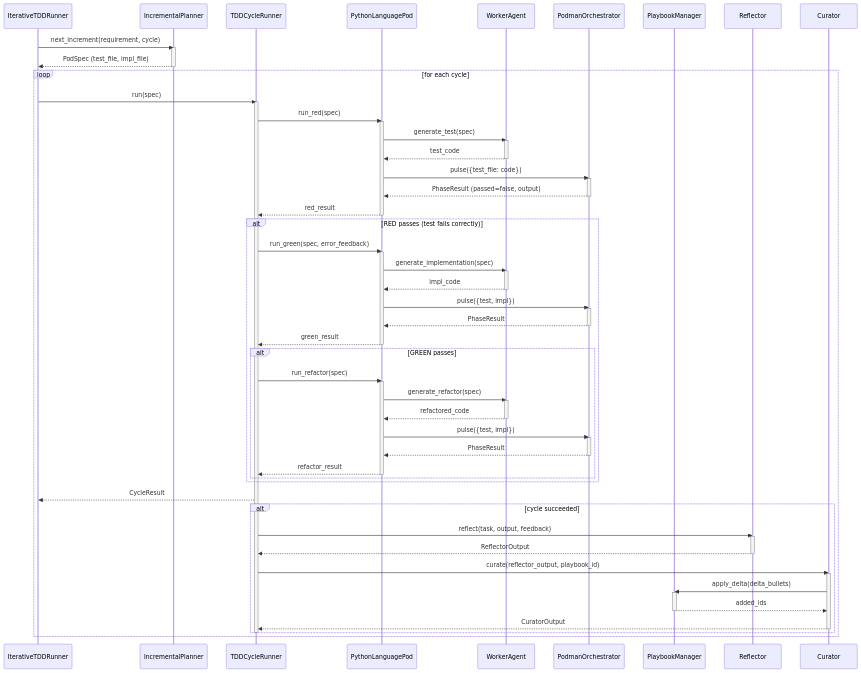
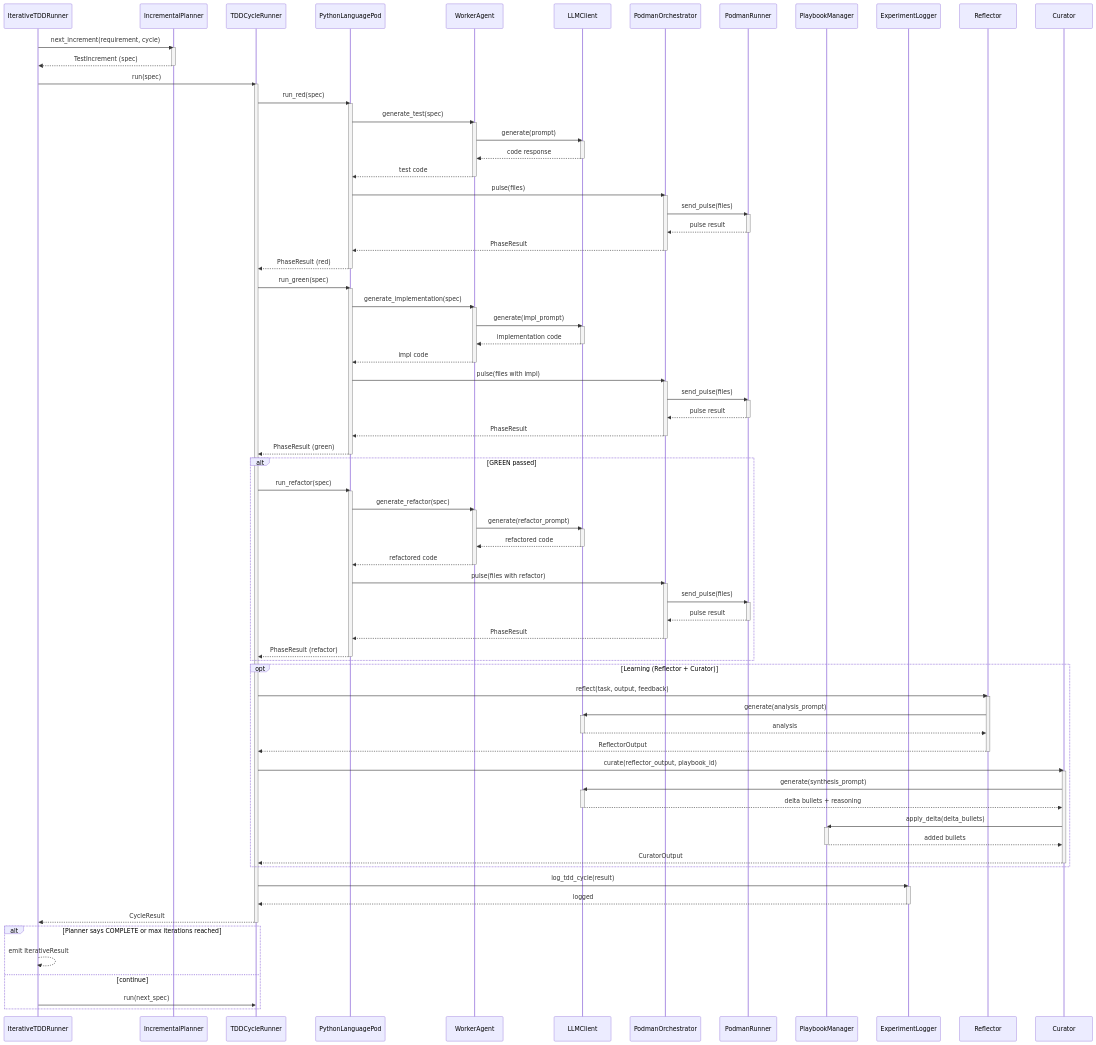
Before and after one commit to carlhuxley/ace_enterprise: the diagram in docs/SYSTEM_ARCHITECTURE.md, drawn with Mermaid. The commit also changed other lines of this file and 6 other files, not shown here.

````diff
--- a/docs/SYSTEM_ARCHITECTURE.md
+++ b/docs/SYSTEM_ARCHITECTURE.md
@@ -47,80 +51,122 @@
     participant Cycle as TDDCycleRunner
     participant Pod as PythonLanguagePod
     participant Worker as WorkerAgent
-    participant Orchestrator as PodmanOrchestrator
+    participant LLM as LLMClient
+    participant Sandbox as PodmanOrchestrator
+    participant Container as PodmanRunner
     participant Playbook as PlaybookManager
-    participant Reflect as Reflector
+    participant Logger as ExperimentLogger
+    participant Reflector as Reflector
     participant Curator as Curator
 
     Runner->>Planner: next_increment(requirement, cycle)
     activate Planner
-    Planner-->>Runner: PodSpec (test_file, impl_file)
+    Planner-->>Runner: TestIncrement (spec)
     deactivate Planner
 
-    loop for each cycle
-        Runner->>Cycle: run(spec)
-        activate Cycle
+    Runner->>Cycle: run(spec)
+    activate Cycle
 
-        Cycle->>Pod: run_red(spec)
+    Cycle->>Pod: run_red(spec)
+    activate Pod
+    Pod->>Worker: generate_test(spec)
+    activate Worker
+    Worker->>LLM: generate(prompt)
+    activate LLM
+    LLM-->>Worker: code response
+    deactivate LLM
+    Worker-->>Pod: test code
+    deactivate Worker
+    Pod->>Sandbox: pulse(files)
+    activate Sandbox
+    Sandbox->>Container: send_pulse(files)
+    activate Container
+    Container-->>Sandbox: pulse result
+    deactivate Container
+    Sandbox-->>Pod: PhaseResult
+    deactivate Sandbox
+    Pod-->>Cycle: PhaseResult (red)
+    deactivate Pod
+
+    Cycle->>Pod: run_green(spec)
+    activate Pod
+    Pod->>Worker: generate_implementation(spec)
+    activate Worker
+    Worker->>LLM: generate(impl_prompt)
+    activate LLM
+    LLM-->>Worker: implementation code
+    deactivate LLM
+    Worker-->>Pod: impl code
+    deactivate Worker
+    Pod->>Sandbox: pulse(files with impl)
+    activate Sandbox
+    Sandbox->>Container: send_pulse(files)
+    activate Container
+    Container-->>Sandbox: pulse result
+    deactivate Container
+    Sandbox-->>Pod: PhaseResult
+    deactivate Sandbox
+    Pod-->>Cycle: PhaseResult (green)
+    deactivate Pod
+
+    alt GREEN passed
+        Cycle->>Pod: run_refactor(spec)
         activate Pod
-        Pod->>Worker: generate_test(spec)
+        Pod->>Worker: generate_refactor(spec)
         activate Worker
-        Worker-->>Pod: test_code
+        Worker->>LLM: generate(refactor_prompt)
+        activate LLM
+        LLM-->>Worker: refactored code
+        deactivate LLM
+        Worker-->>Pod: refactored code
         deactivate Worker
-        Pod->>Orchestrator: pulse({test_file: code})
-        activate Orchestrator
-        Orchestrator-->>Pod: PhaseResult (passed=false, output)
-        deactivate Orchestrator
-        Pod-->>Cycle: red_result
+        Pod->>Sandbox: pulse(files with refactor)
+        activate Sandbox
+        Sandbox->>Container: send_pulse(files)
+        activate Container
+        Container-->>Sandbox: pulse result
+        deactivate Container
+        Sandbox-->>Pod: PhaseResult
+        deactivate Sandbox
+        Pod-->>Cycle: PhaseResult (refactor)
         deactivate Pod
+    end
 
-        alt RED passes (test fails correctly)
-            Cycle->>Pod: run_green(spec, error_feedback)
-            activate Pod
-            Pod->>Worker: generate_implementation(spec)
-            activate Worker
-            Worker-->>Pod: impl_code
-            deactivate Worker
-            Pod->>Orchestrator: pulse({test, impl})
-            activate Orchestrator
-            Orchestrator-->>Pod: PhaseResult
-            deactivate Orchestrator
-            Pod-->>Cycle: green_result
-            deactivate Pod
+    opt Learning (Reflector + Curator)
+        Cycle->>Reflector: reflect(task, output, feedback)
+        activate Reflector
+        Reflector->>LLM: generate(analysis_prompt)
+        activate LLM
+        LLM-->>Reflector: analysis
+        deactivate LLM
+        Reflector-->>Cycle: ReflectorOutput
+        deactivate Reflector
 
-            alt GREEN passes
-                Cycle->>Pod: run_refactor(spec)
-                activate Pod
-                Pod->>Worker: generate_refactor(spec)
-                activate Worker
-                Worker-->>Pod: refactored_code
-                deactivate Worker
-                Pod->>Orchestrator: pulse({test, impl})
-                activate Orchestrator
-                Orchestrator-->>Pod: PhaseResult
-                deactivate Orchestrator
-                Pod-->>Cycle: refactor_result
-                deactivate Pod
-            end
-        end
+        Cycle->>Curator: curate(reflector_output, playbook_id)
+        activate Curator
+        Curator->>LLM: generate(synthesis_prompt)
+        activate LLM
+        LLM-->>Curator: delta bullets + reasoning
+        deactivate LLM
+        Curator->>Playbook: apply_delta(delta_bullets)
+        activate Playbook
+        Playbook-->>Curator: added bullets
+        deactivate Playbook
+        Curator-->>Cycle: CuratorOutput
+        deactivate Curator
+    end
 
-        Cycle-->>Runner: CycleResult
+    Cycle->>Logger: log_tdd_cycle(result)
+    activate Logger
+    Logger-->>Cycle: logged
+    deactivate Logger
 
-        alt cycle succeeded
-            Cycle->>Reflect: reflect(task, output, feedback)
-            activate Reflect
-            Reflect-->>Cycle: ReflectorOutput
-            deactivate Reflect
-            Cycle->>Curator: curate(reflector_output, playbook_id)
-            activate Curator
-            Curator->>Playbook: apply_delta(delta_bullets)
-            activate Playbook
-            Playbook-->>Curator: added_ids
-            deactivate Playbook
-            Curator-->>Cycle: CuratorOutput
-            deactivate Curator
-        end
+    Cycle-->>Runner: CycleResult
+    deactivate Cycle
 
-        deactivate Cycle
+    alt Planner says COMPLETE or max iterations reached
+        Runner-->>Runner: emit IterativeResult
+    else continue
+        Runner->>Cycle: run(next_spec)
     end
 ```
````
